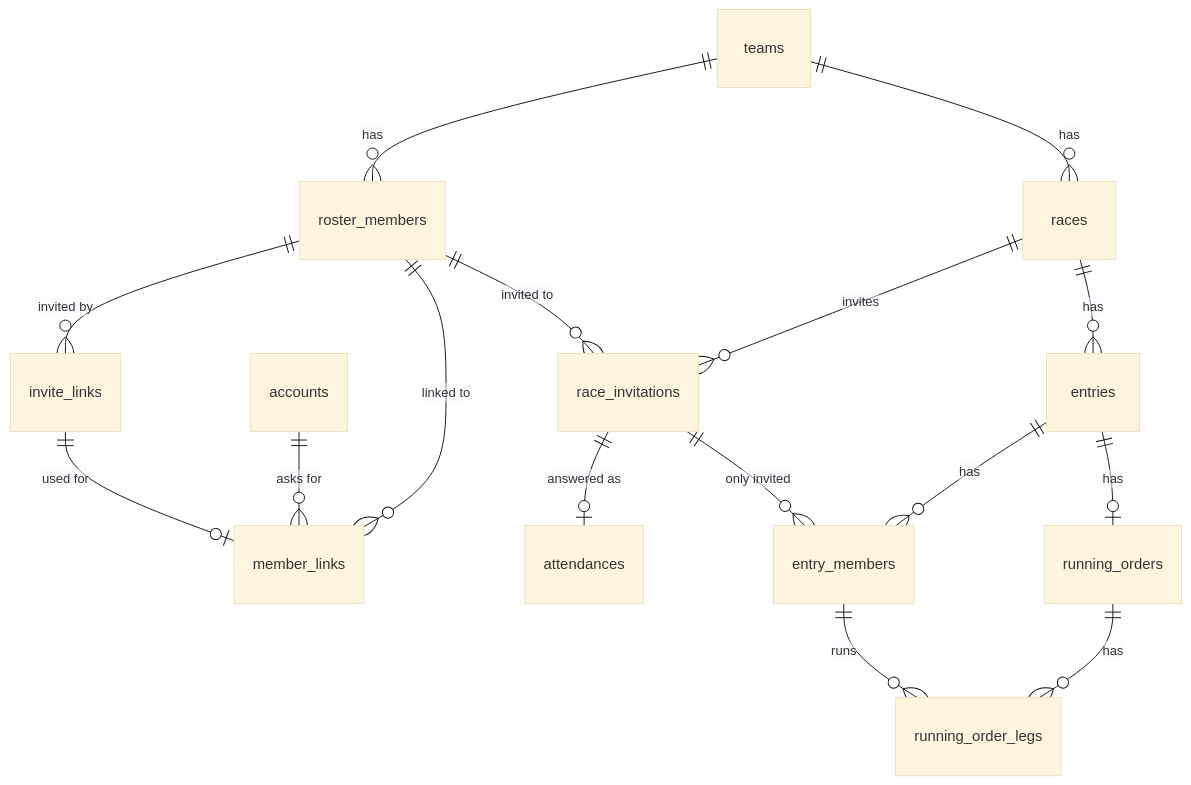
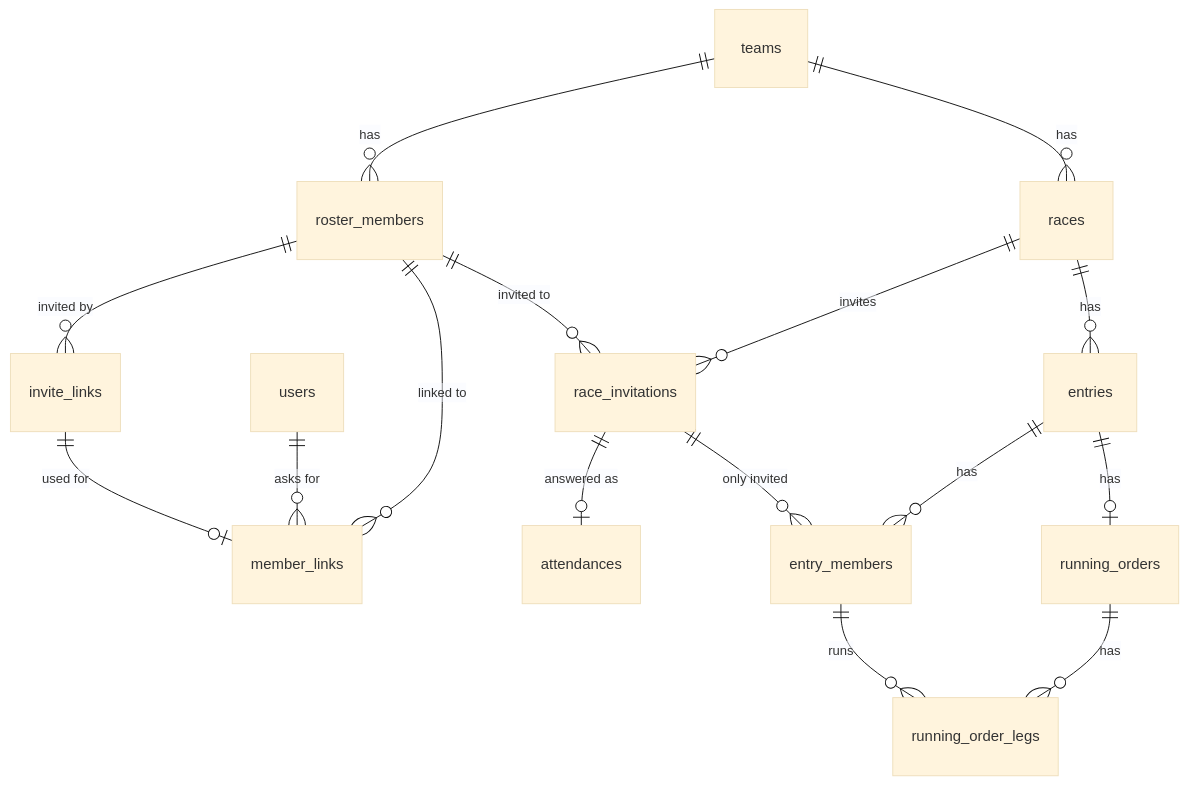
One commit to way-station/tasuki changed the diagram in docs/design/database.md. Above: the diagram before and after it, drawn with Mermaid (base theme). The commit also changed other lines of this file and 12 other files, not shown here.

Commit message:
docs: call accounts users in the ADRs and design docs

````diff
--- a/docs/design/database.md
+++ b/docs/design/database.md
@@ -152,18 +152,18 @@
 ```mermaid
 erDiagram
   teams ||--o{ roster_members : has
   teams ||--o{ races : has
   roster_members ||--o{ invite_links : "invited by"
-  accounts ||--o{ member_links : "asks for"
+  users ||--o{ member_links : "asks for"
   roster_members ||--o{ member_links : "linked to"
   invite_links ||--o| member_links : "used for"
   races ||--o{ race_invitations : invites
   roster_members ||--o{ race_invitations : "invited to"
   race_invitations ||--o| attendances : "answered as"
   races ||--o{ entries : has
   entries ||--o{ entry_members : has
   race_invitations ||--o{ entry_members : "only invited"
   entries ||--o| running_orders : has
   running_orders ||--o{ running_order_legs : has
   entry_members ||--o{ running_order_legs : runs
 ```
````
